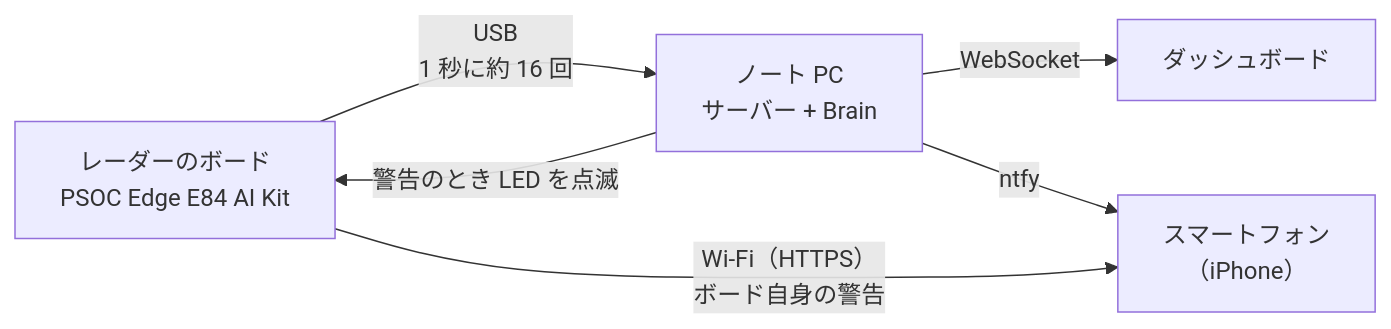
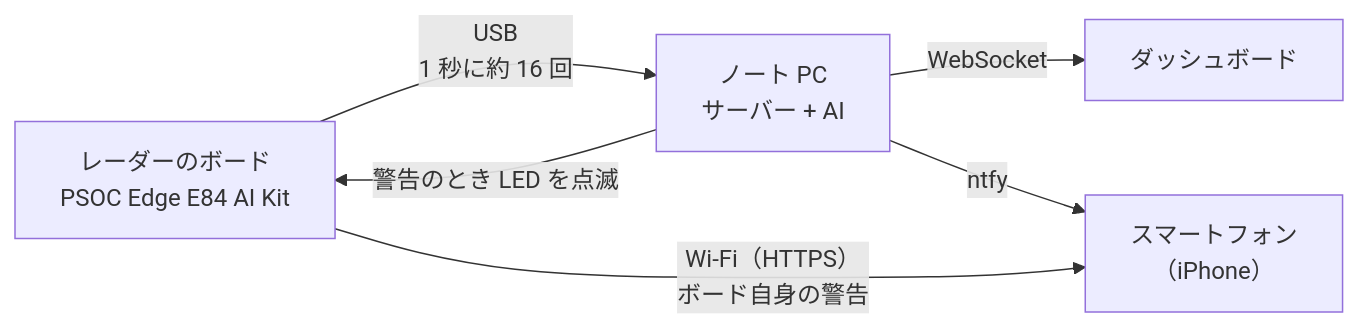
Before and after one commit to jphacks/hs_2605: the diagram in README.md, drawn with Mermaid.

Commit message:
README: the diagram says AI, not Brain

````diff
--- a/README.md
+++ b/README.md
@@ -161,8 +161,8 @@
 ```mermaid
 flowchart LR
-  R["レーダーのボード<br>PSOC Edge E84 AI Kit"] -- "USB<br>1 秒に約 16 回" --> S["ノート PC<br>サーバー + Brain"]
+  R["レーダーのボード<br>PSOC Edge E84 AI Kit"] -- "USB<br>1 秒に約 16 回" --> S["ノート PC<br>サーバー + AI"]
   S -- "WebSocket" --> W["ダッシュボード"]
   S -- "ntfy" --> N["スマートフォン<br>（iPhone）"]
   S -- "警告のとき LED を点滅" --> R
   R -- "Wi-Fi（HTTPS）<br>ボード自身の警告" --> N
 ```
````
